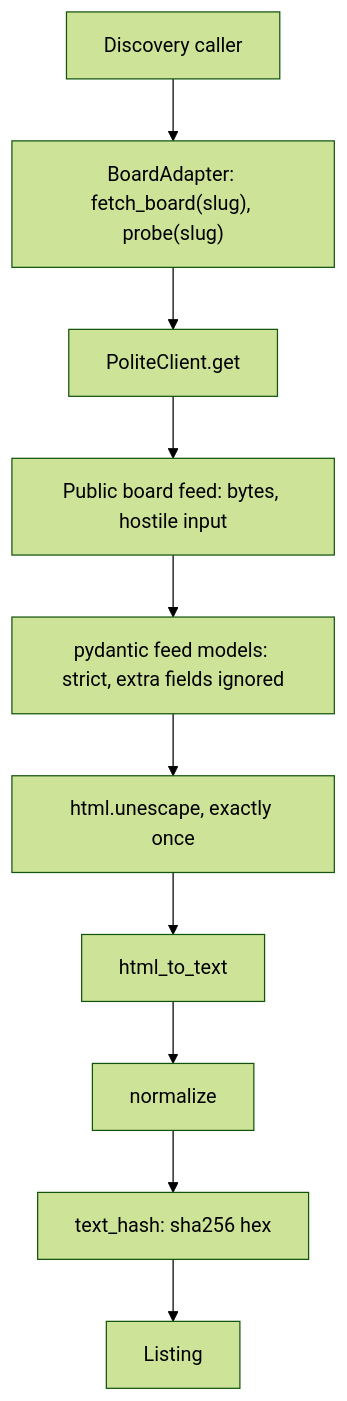
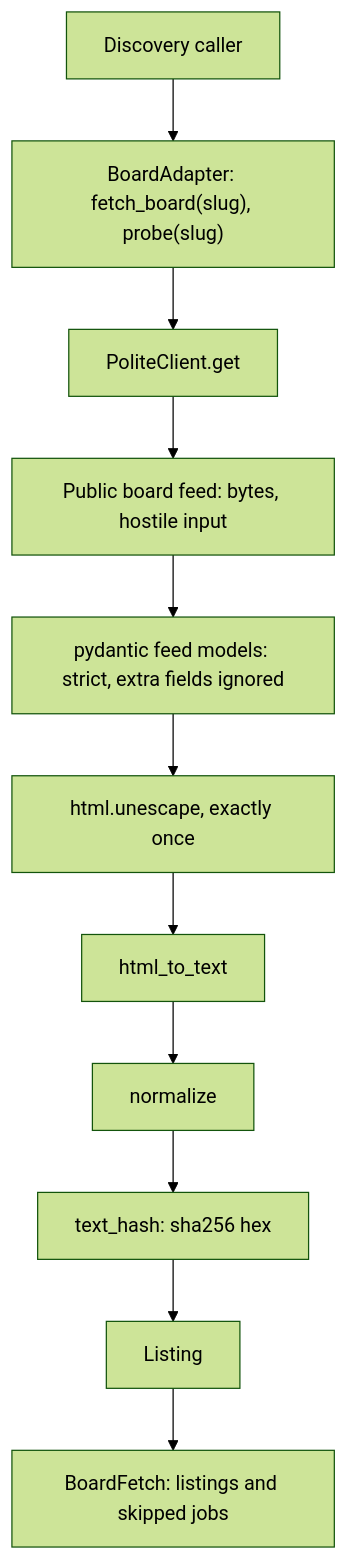
The third of 3 diagrams in docs/architecture.md (jpalicke/cypress-creek-job-board), drawn with Mermaid (forest theme) before and after one commit. The commit also changed other lines of this file and 4 other files, not shown here.

Commit message:
H3b: Record per-job skipping in ADR 0021 and the architecture doc

````diff
--- a/docs/architecture.md
+++ b/docs/architecture.md
@@ -83,12 +83,13 @@
 ```mermaid
 flowchart TD
     caller[Discovery caller] --> adapter["BoardAdapter: fetch_board(slug), probe(slug)"]
     adapter --> client["PoliteClient.get"]
     client --> feed["Public board feed: bytes, hostile input"]
     feed --> schema["pydantic feed models: strict, extra fields ignored"]
     schema --> unescape["html.unescape, exactly once"]
     unescape --> text["html_to_text"]
     text --> norm["normalize"]
     norm --> hash["text_hash: sha256 hex"]
     hash --> listing["Listing"]
+    listing --> result["BoardFetch: listings and skipped jobs"]
 ```
````
